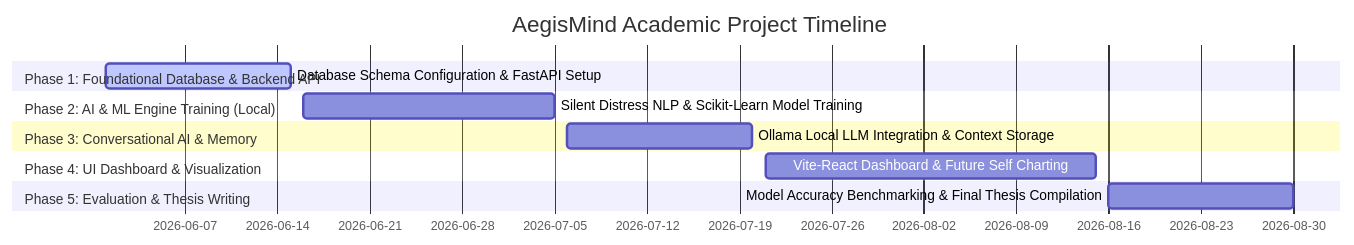
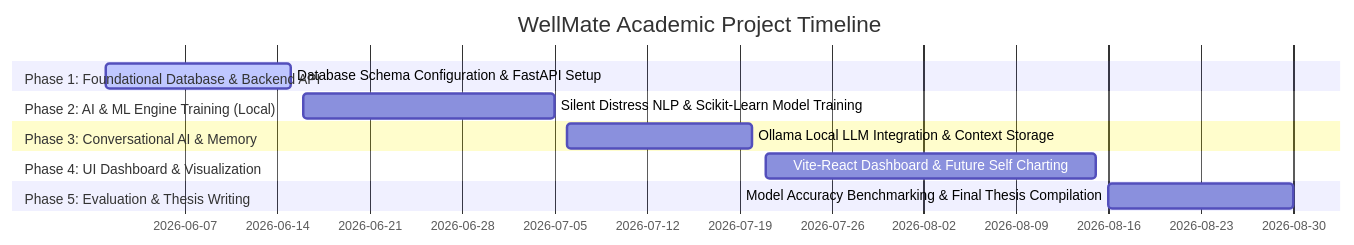
The third of 3 diagrams in Ideation.md (tezendrax/Social-Media-Mental-Health-Risk-Analyzer), drawn with Mermaid before and after one commit. The commit also changed other lines of this file, not shown here.

Commit message:
WellMate

````diff
--- a/Ideation.md
+++ b/Ideation.md
@@ -158,15 +158,15 @@
 ```mermaid
 gantt
-    title AegisMind Academic Project Timeline
+    title WellMate Academic Project Timeline
     dateFormat  YYYY-MM-DD
     section Phase 1: Foundational Database & Backend API
     Database Schema Configuration & FastAPI Setup :active, p1, 2026-06-01, 2026-06-15
     section Phase 2: AI & ML Engine Training (Local)
     Silent Distress NLP & Scikit-Learn Model Training : p2, 2026-06-16, 2026-07-05
     section Phase 3: Conversational AI & Memory
     Ollama Local LLM Integration & Context Storage : p3, 2026-07-06, 2026-07-20
     section Phase 4: UI Dashboard & Visualization
     Vite-React Dashboard & Future Self Charting : p4, 2026-07-21, 2026-08-15
     section Phase 5: Evaluation & Thesis Writing
     Model Accuracy Benchmarking & Final Thesis Compilation : p5, 2026-08-16, 2026-08-30
 ```
````
